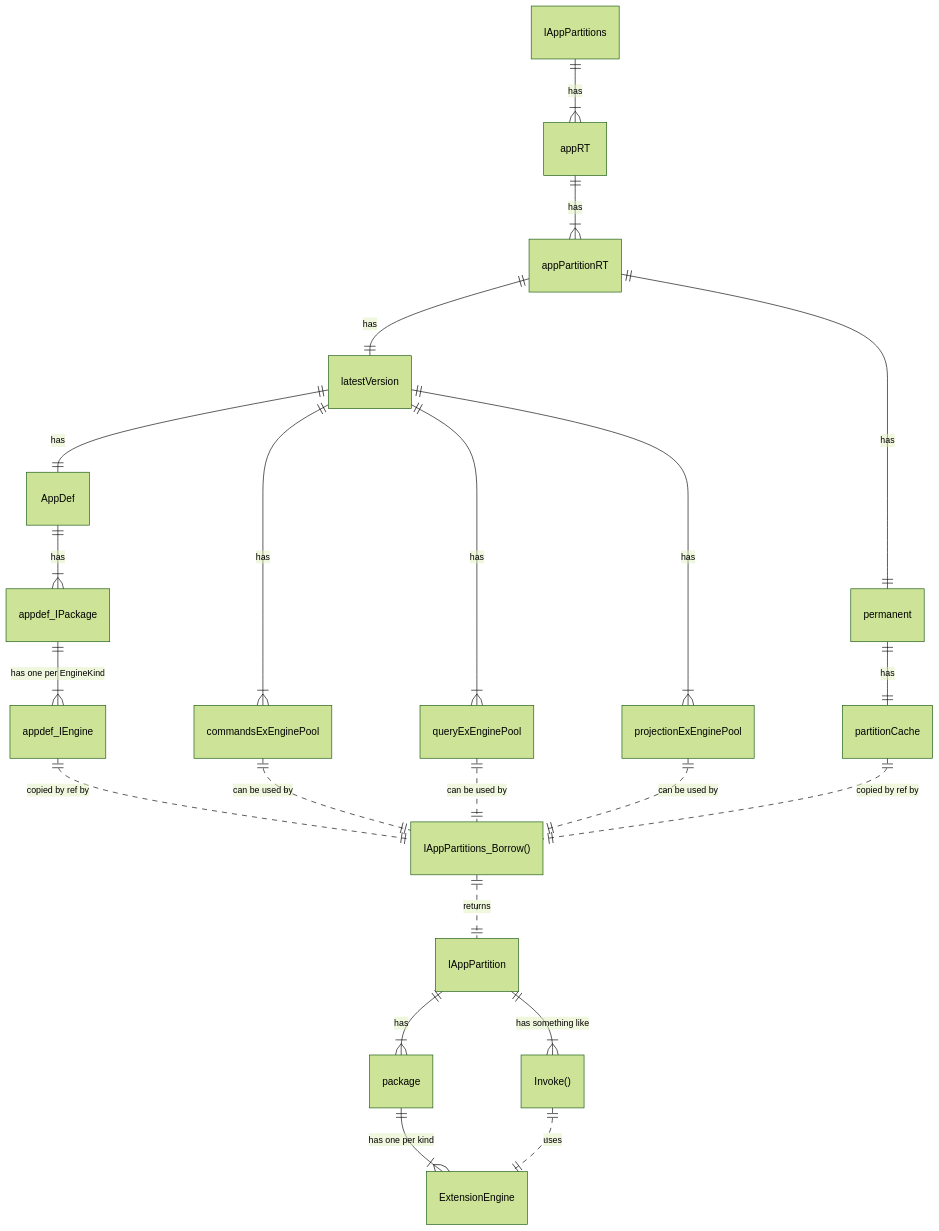
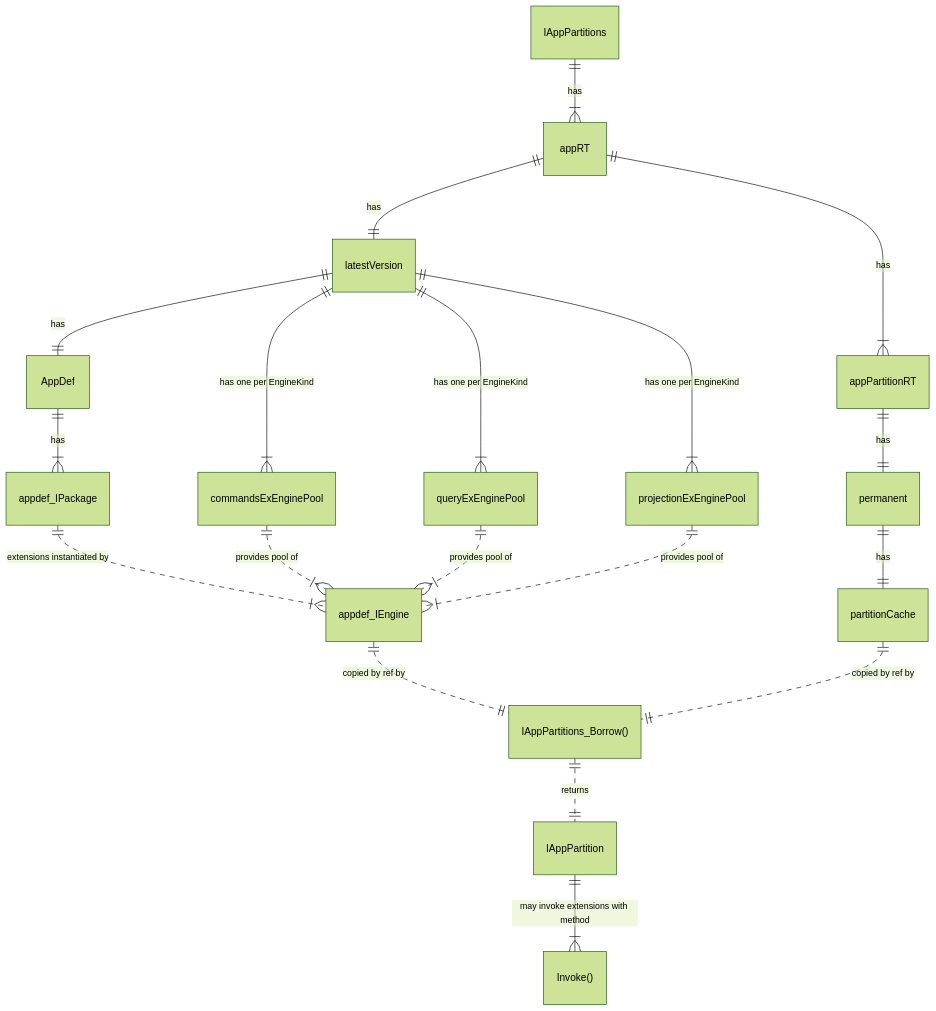
The fifth of 13 diagrams in design/README.md (voedger/voedger), drawn with Mermaid (forest theme) before and after one commit. The commit also changed other lines of this file and 1 other file, not shown here.

Commit message:
design: extensions

````diff
--- a/design/README.md
+++ b/design/README.md
@@ -177,35 +177,31 @@
 ```mermaid
     erDiagram
 
     IAppPartitions ||--|{ appRT : "has"
 
     appRT ||--|{ appPartitionRT : "has"
 
-    appPartitionRT ||--|| latestVersion : "has"
+    appRT ||--|| latestVersion : "has"
     appPartitionRT ||--|| permanent : "has"
 
     latestVersion ||--|| AppDef : "has"
-    latestVersion  ||--|{ commandsExEnginePool : "has"
-    latestVersion  ||--|{ queryExEnginePool : "has"
-    latestVersion  ||--|{ projectionExEnginePool : "has"
+    latestVersion  ||--|{ commandsExEnginePool : "has one per EngineKind"
+    latestVersion  ||--|{ queryExEnginePool : "has one per EngineKind"
+    latestVersion  ||--|{ projectionExEnginePool : "has one per EngineKind"
     permanent  ||--|| partitionCache: "has"
 
 
     AppDef ||--|{ appdef_IPackage : "has"
-    appdef_IPackage ||--|{ appdef_IEngine : "has one per EngineKind"
+    appdef_IPackage ||..|{ appdef_IEngine: "extensions instantiated by"
 
     appdef_IEngine ||..|| "IAppPartitions_Borrow()": "copied by ref by"
     
-    commandsExEnginePool ||..|| "IAppPartitions_Borrow()": "can be used by"
-    queryExEnginePool ||..|| "IAppPartitions_Borrow()": "can be used by"
-    projectionExEnginePool ||..|| "IAppPartitions_Borrow()": "can be used by"
+    commandsExEnginePool ||..|{ "appdef_IEngine": "provides pool of"
+    queryExEnginePool ||..|{ "appdef_IEngine": "provides pool of"
+    projectionExEnginePool ||..|{ "appdef_IEngine": "provides pool of"
     partitionCache ||..|| "IAppPartitions_Borrow()": "copied by ref by"
 
     "IAppPartitions_Borrow()" ||..|| "IAppPartition": "returns"
 
-    IAppPartition ||--|{ package : "has"
-    package ||--|{ ExtensionEngine : "has one per kind"
-    IAppPartition ||--|{ "Invoke()" : "has something like"
-
-    "Invoke()" ||..|| ExtensionEngine : "uses"
+    IAppPartition ||--|{ "Invoke()" : "may invoke extensions with method"
 ```
````
